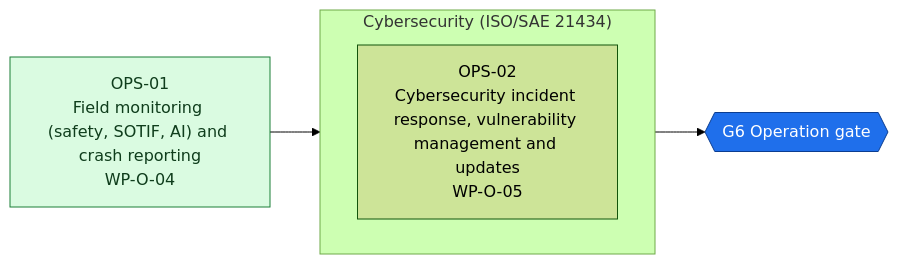
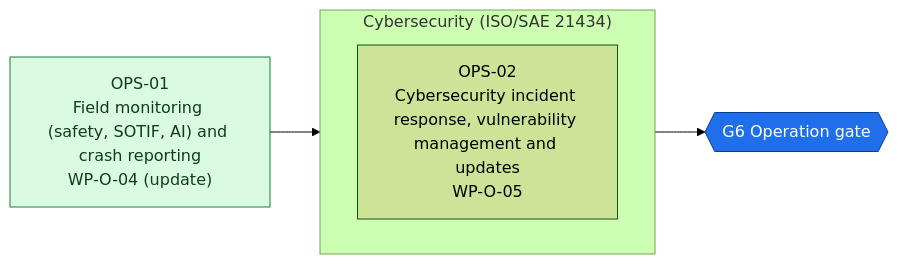
One commit to jherrodthomas/LionDriver changed the first of 2 diagrams in assurance/process/maps/g6-operation.md. Above: the diagram before and after it, drawn with Mermaid (forest theme). The commit also changed other lines of this file and 60 other files, not shown here.

````diff
--- a/assurance/process/maps/g6-operation.md
+++ b/assurance/process/maps/g6-operation.md
@@ -11,15 +11,15 @@
 ```mermaid
 flowchart LR
-  OPS_01["OPS-01<br/>Field monitoring (safety, SOTIF, AI) and crash reporting<br/>WP-O-04"]
+  OPS_01["OPS-01<br/>Field monitoring (safety, SOTIF, AI) and crash reporting<br/>WP-O-04 (update)"]
   subgraph L_cs["Cybersecurity (ISO/SAE 21434)"]
     direction LR
     OPS_02["OPS-02<br/>Cybersecurity incident response, vulnerability management and updates<br/>WP-O-05"]
   end
   GATE{{"G6 Operation gate"}}
   OPS_01 --> OPS_02
   OPS_02 --> GATE
   classDef joint fill:#dafbe1,stroke:#1a7f37,color:#0f3d1c
   class OPS_01 joint
   classDef gate fill:#1f6feb,stroke:#0b3d91,color:#ffffff
   class GATE gate
 ```
````
